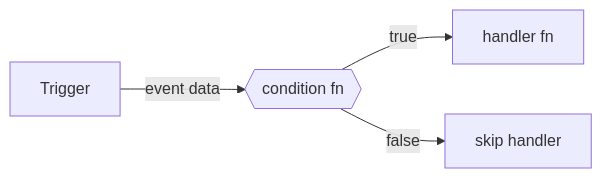
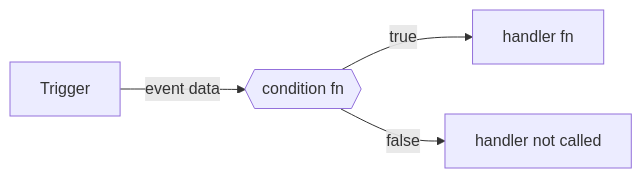
One commit to iii-hq/docs changed the diagram in content/examples/conditions.mdx. Above: the diagram before and after it, drawn with Mermaid. The commit also changed other lines of this file, not shown here.

First line of the commit message:
docs: clarify handler function behavior in conditions example

````diff
--- a/content/examples/conditions.mdx
+++ b/content/examples/conditions.mdx
@@ -9,6 +9,6 @@
 ```mermaid
 graph LR
     Trigger -->|event data| Condition{{"condition fn"}}
     Condition -->|"true"| Handler[handler fn]
-    Condition -->|"false"| Skip[skip handler]
+    Condition -->|"false"| Skip[handler not called]
 ```
````
